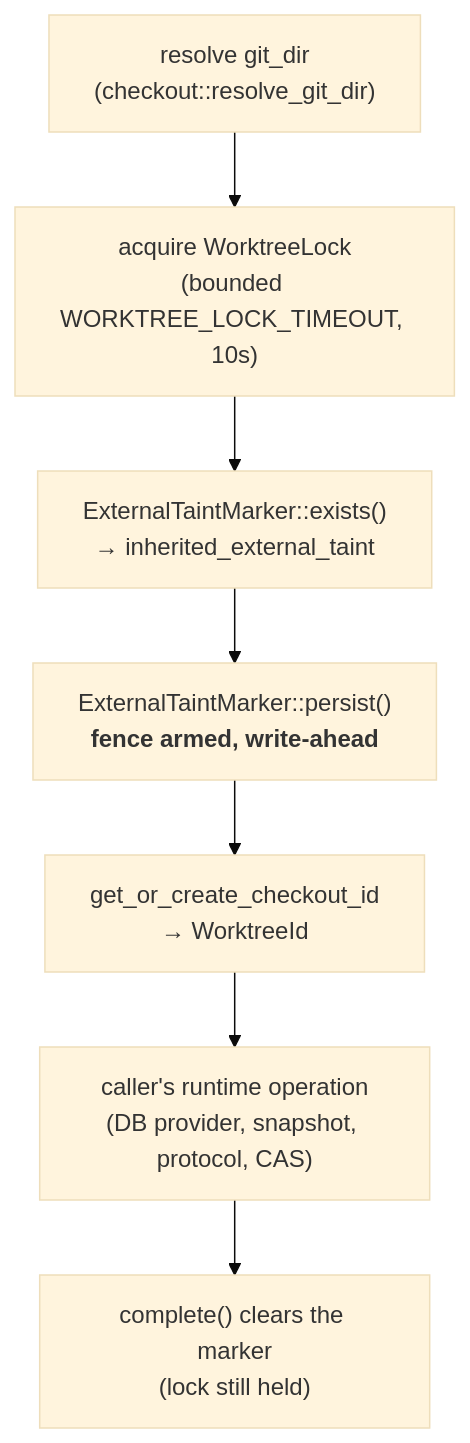
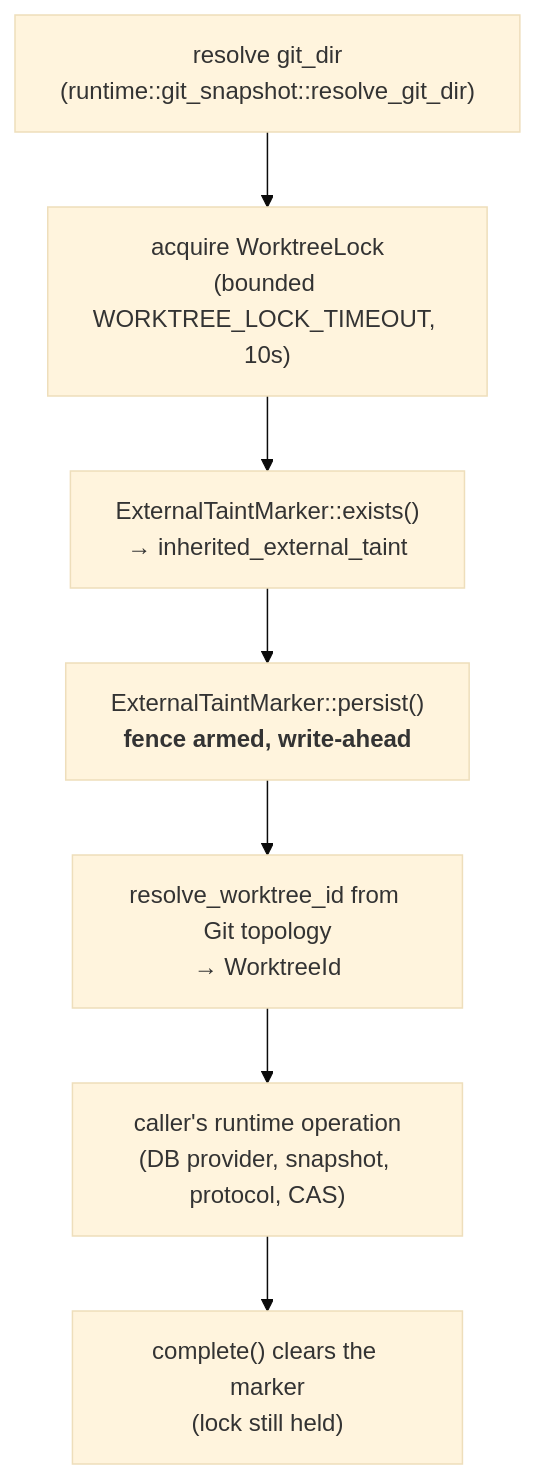
The diagram in context/cli/mutation-trace-protected-worktree.md (crocoder-dev/shared-context-engineering), drawn with Mermaid (base theme) before and after one commit. The commit also changed other lines of this file and 9 other files, not shown here.

````diff
--- a/context/cli/mutation-trace-protected-worktree.md
+++ b/context/cli/mutation-trace-protected-worktree.md
@@ -15,9 +19,9 @@
 ```mermaid
 flowchart TD
-    A["resolve git_dir<br/>(checkout::resolve_git_dir)"] --> B["acquire WorktreeLock<br/>(bounded WORKTREE_LOCK_TIMEOUT, 10s)"]
+    A["resolve git_dir<br/>(runtime::git_snapshot::resolve_git_dir)"] --> B["acquire WorktreeLock<br/>(bounded WORKTREE_LOCK_TIMEOUT, 10s)"]
     B --> C["ExternalTaintMarker::exists()<br/>→ inherited_external_taint"]
     C --> D["ExternalTaintMarker::persist()<br/><b>fence armed, write-ahead</b>"]
-    D --> E["get_or_create_checkout_id<br/>→ WorktreeId"]
+    D --> E["resolve_worktree_id from Git topology<br/>→ WorktreeId"]
     E --> F["caller's runtime operation<br/>(DB provider, snapshot, protocol, CAS)"]
     F --> G["complete() clears the marker<br/>(lock still held)"]
 ```
````
